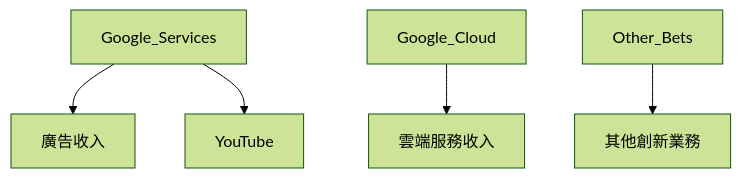
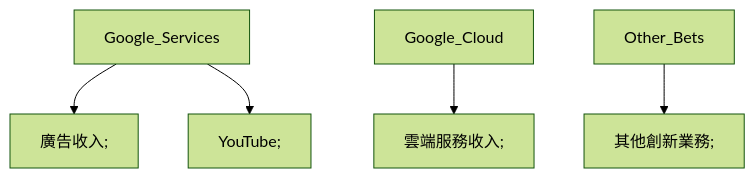
Before and after one commit to yennanliu/finance_data: the second of 11 diagrams in ai_gen_report/stock/goog/fundamental_analysis_2026-03-23_openai.md, drawn with Mermaid (forest theme). The commit also changed other lines of this file and 2258 other files, not shown here.

First line of the commit message:
chore: backfill Mermaid syntax repair across existing reports

````diff
--- a/ai_gen_report/stock/goog/fundamental_analysis_2026-03-23_openai.md
+++ b/ai_gen_report/stock/goog/fundamental_analysis_2026-03-23_openai.md
@@ -68,7 +68,7 @@
 ```mermaid
 graph TD;
-    Google_Services-->廣告收入;
-    Google_Services-->YouTube;
-    Google_Cloud-->雲端服務收入;
-    Other_Bets-->其他創新業務;
+    Google_Services --> nb1["廣告收入;"]
+    Google_Services --> nb2["YouTube;"]
+    Google_Cloud --> nb3["雲端服務收入;"]
+    Other_Bets --> nb4["其他創新業務;"]
 ```
````
